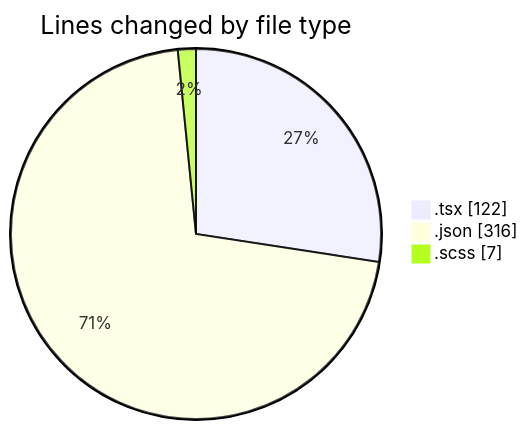
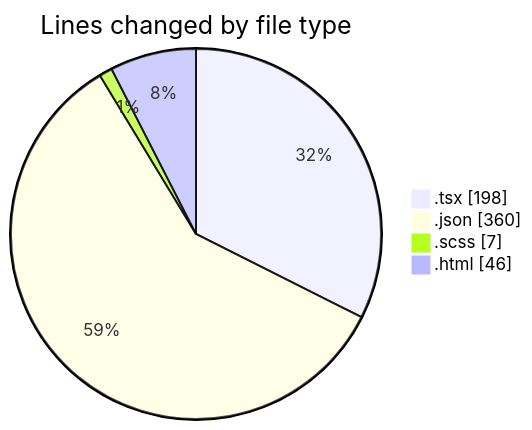
The first of 2 diagrams in 2026-04-14/cda/README.md (momahboobian/code-tracking), drawn with Mermaid before and after one commit. The commit also changed other lines of this file and 1 other file, not shown here.

````diff
--- a/2026-04-14/cda/README.md
+++ b/2026-04-14/cda/README.md
@@ -26,7 +30,8 @@
 ```mermaid
 pie showData
 title Lines changed by file type
-".tsx" : 122
-".json" : 316
+".tsx" : 198
+".json" : 360
 ".scss" : 7
+".html" : 46
 ```
````
